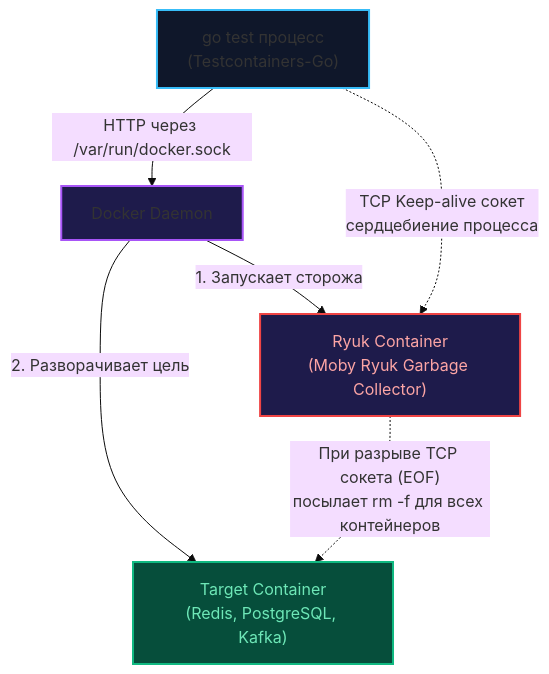
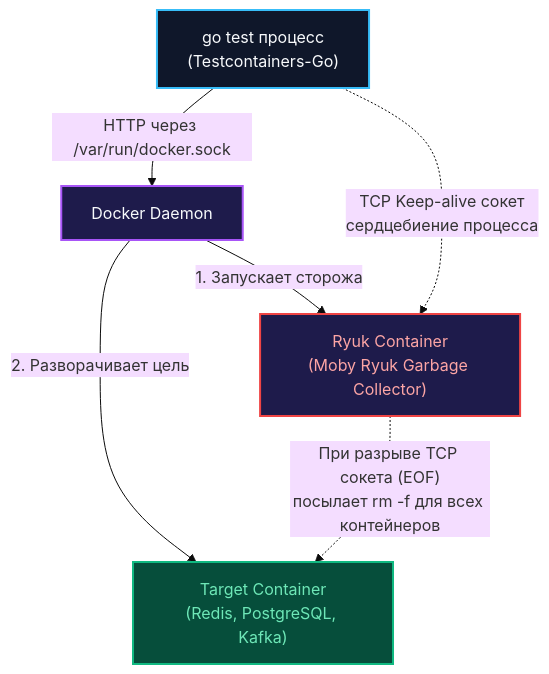
One commit to UnrealTemplier/go-textbook changed the diagram in sources/15. Тестирование в Go (QA & Testing)/05. Интеграционные тесты/4. testcontainers go.md. Above: the diagram before and after it, drawn with Mermaid (base theme). The commit also changed 310 other files, not shown here.

First line of the commit message:
fix(mermaid): replace light fill colors with dark palette for readability on dark theme

````diff
--- a/sources/15. Тестирование в Go (QA & Testing)/05. Интеграционные тесты/4. testcontainers go.md
+++ b/sources/15. Тестирование в Go (QA & Testing)/05. Интеграционные тесты/4. testcontainers go.md
@@ -34,15 +34,15 @@
 ```mermaid
 flowchart TD
     A["go test процесс<br/>(Testcontainers-Go)"] -->|"HTTP через /var/run/docker.sock"| B["Docker Daemon"]
     B -->|"1. Запускает сторожа"| C["Ryuk Container<br/>(Moby Ryuk Garbage Collector)"]
     B -->|"2. Разворачивает цель"| D["Target Container<br/>(Redis, PostgreSQL, Kafka)"]
     
     A -.->|"TCP Keep-alive сокет<br/>сердцебиение процесса"| C
     
     C -.->|"При разрыве TCP сокета (EOF)<br/>посылает rm -f для всех контейнеров"| D
     
-    style A fill:#0f172a,stroke:#38bdf8,stroke-width:2px
-    style B fill:#1e1b4b,stroke:#a855f7,stroke-width:2px
+    style A fill:#0f172a,stroke:#38bdf8,stroke-width:2px,color:#f8fafc
+    style B fill:#1e1b4b,stroke:#a855f7,stroke-width:2px,color:#f8fafc
     style C fill:#1e1b4b,stroke:#ef4444,stroke-width:2px,color:#fca5a5
     style D fill:#064e3b,stroke:#10b981,stroke-width:2px,color:#6ee7b7
 ```
````
